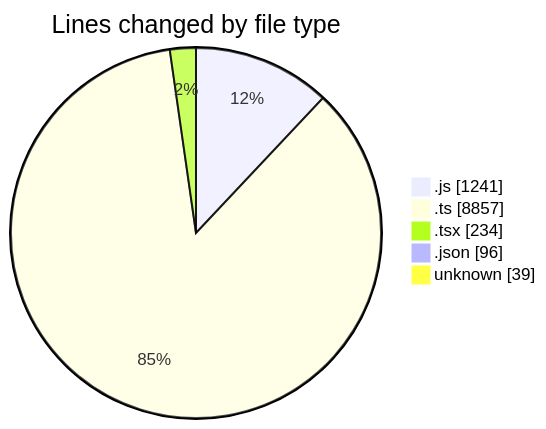
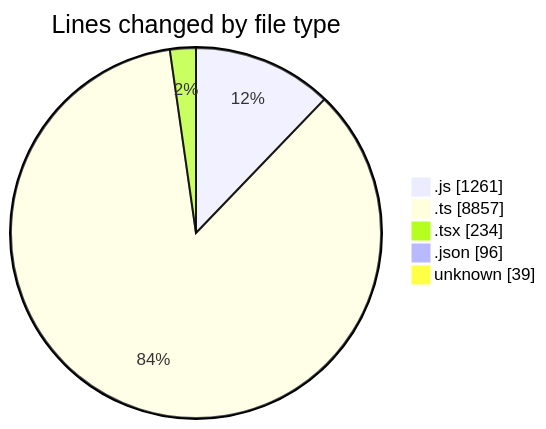
Before and after one commit to momahboobian/code-tracking: the first of 2 diagrams in 2025-05-14/cda/README.md, drawn with Mermaid. The commit also changed other lines of this file and 1 other file, not shown here.

````diff
--- a/2025-05-14/cda/README.md
+++ b/2025-05-14/cda/README.md
@@ -30,9 +30,9 @@
 ```mermaid
 pie showData
 title Lines changed by file type
-".js" : 1241
+".js" : 1261
 ".ts" : 8857
 ".tsx" : 234
 ".json" : 96
 "unknown" : 39
 ```
````
